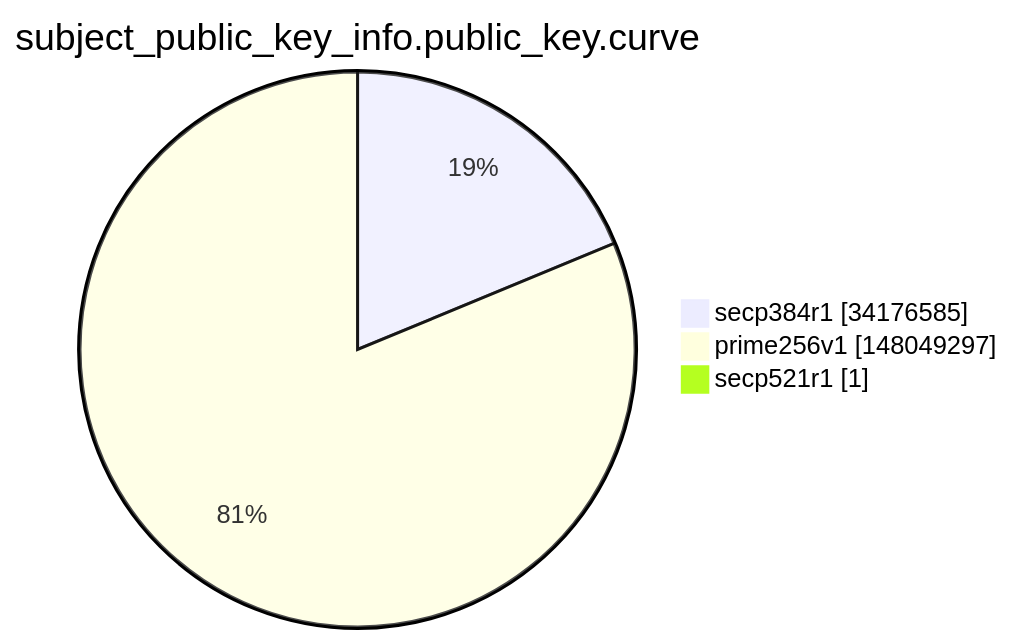
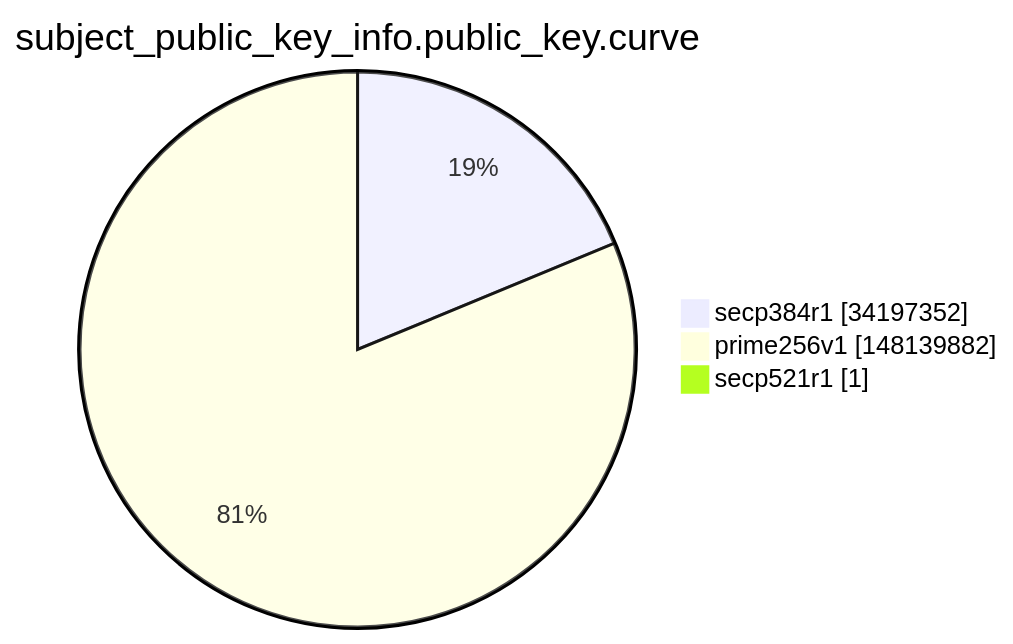
One commit to christiankrug/ctmonitor_visualization changed the ninth of 15 diagrams in argon2022/README.md. Above: the diagram before and after it, drawn with Mermaid. The commit also changed other lines of this file, not shown here.

````diff
--- a/argon2022/README.md
+++ b/argon2022/README.md
@@ -2764,7 +2764,7 @@
 ```mermaid
 pie showData
 title subject_public_key_info.public_key.curve
-"secp384r1" :34176585
-"prime256v1" :148049297
+"secp384r1" :34197352
+"prime256v1" :148139882
 "secp521r1" :1
 ```
````
